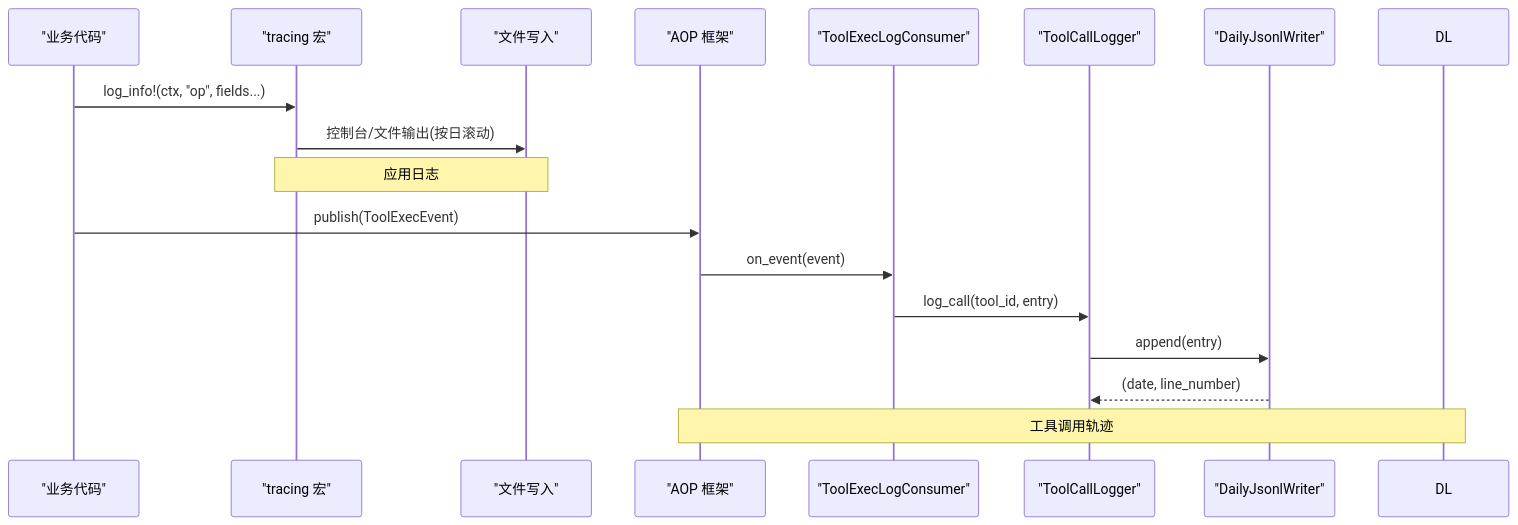
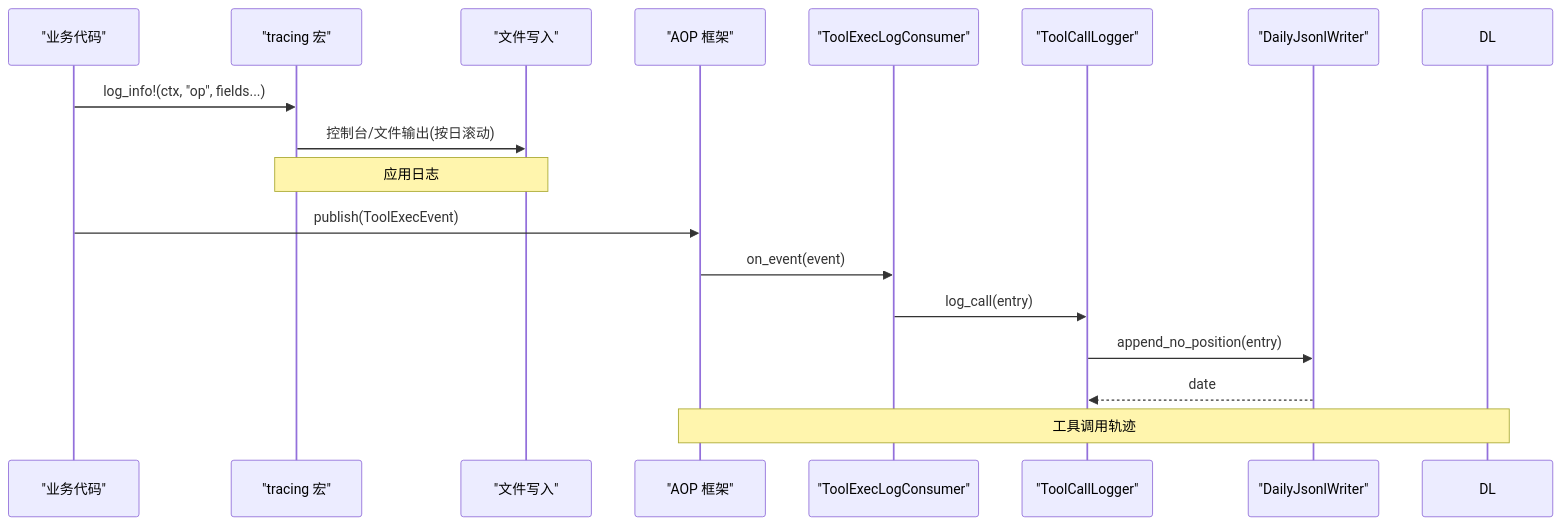
One commit to runningcoders/ai_orz changed the second of 7 diagrams in docs/wiki/zh/content/基础设施/日志系统.md. Above: the diagram before and after it, drawn with Mermaid. The commit also changed other lines of this file and 6 other files, not shown here.

Commit message:
docs(wiki): 同步工具调用追踪与记忆写入现状 — call trace 路径改为 tools/call_trace/{YYYYMMDD}.jsonl，log_call/DailyJsonlWriter 签名与时序图更新（拉平 + 不数行 + append_batch），ToolCallLogger 不再按 tool_id 组织目录

````diff
--- a/docs/wiki/zh/content/基础设施/日志系统.md
+++ b/docs/wiki/zh/content/基础设施/日志系统.md
@@ -123,19 +123,19 @@
 ```mermaid
 sequenceDiagram
 participant App as "业务代码"
 participant Tr as "tracing 宏"
 participant FS as "文件写入"
 participant AOP as "AOP 框架"
 participant Cons as "ToolExecLogConsumer"
 participant TL as "ToolCallLogger"
 participant DJ as "DailyJsonlWriter"
 App->>Tr : log_info!(ctx, "op", fields...)
 Tr->>FS : 控制台/文件输出(按日滚动)
 Note over Tr,FS : 应用日志
 App->>AOP : publish(ToolExecEvent)
 AOP->>Cons : on_event(event)
-Cons->>TL : log_call(tool_id, entry)
-TL->>DJ : append(entry)
-DJ-->>TL : (date, line_number)
+Cons->>TL : log_call(entry)
+TL->>DJ : append_no_position(entry)
+DJ-->>TL : date
 Note over AOP,DL : 工具调用轨迹
 ```
````
